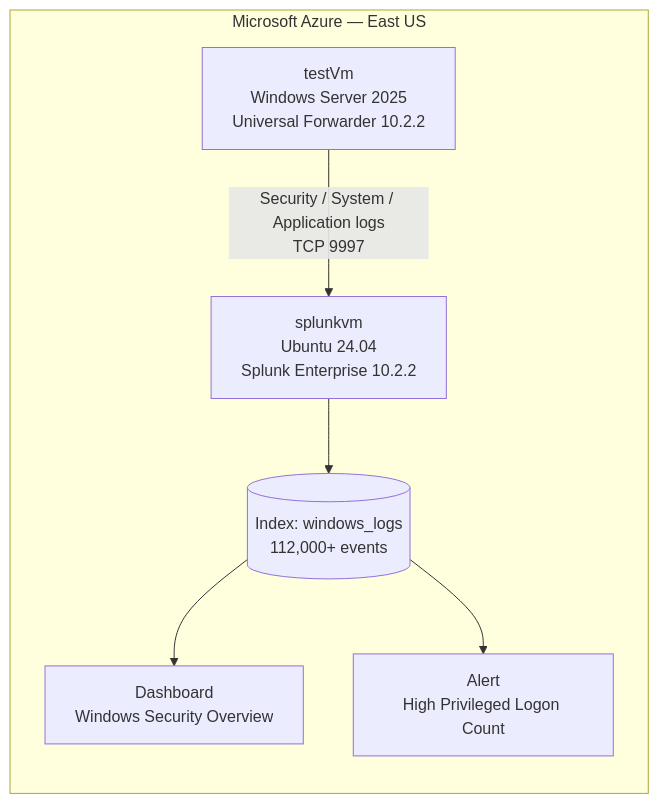
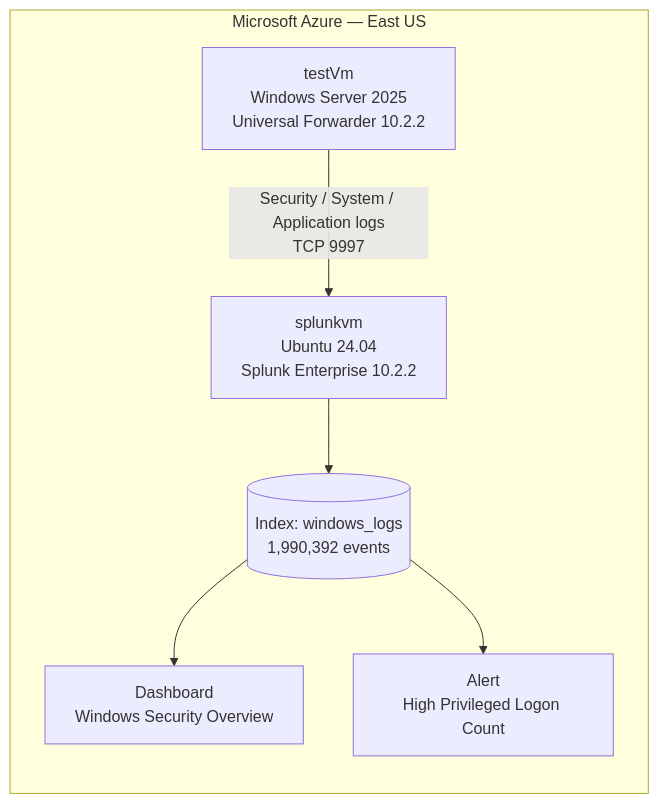
Before and after one commit to betred6/It-admin-labs: the diagram in lab3-splunk/README.md, drawn with Mermaid. The commit also changed other lines of this file, not shown here.

````diff
--- a/lab3-splunk/README.md
+++ b/lab3-splunk/README.md
@@ -10,11 +10,11 @@
 ```mermaid
 flowchart LR
     subgraph AZ["Microsoft Azure — East US"]
         TV["testVm<br/>Windows Server 2025<br/>Universal Forwarder 10.2.2"]
         SV["splunkvm<br/>Ubuntu 24.04<br/>Splunk Enterprise 10.2.2"]
         TV -- "Security / System / Application logs<br/>TCP 9997" --> SV
-        SV --> IDX[("Index: windows_logs<br/>112,000+ events")]
+        SV --> IDX[("Index: windows_logs<br/>1,990,392 events")]
         IDX --> DASH["Dashboard<br/>Windows Security Overview"]
         IDX --> ALERT["Alert<br/>High Privileged Logon Count"]
     end
 ```
````
